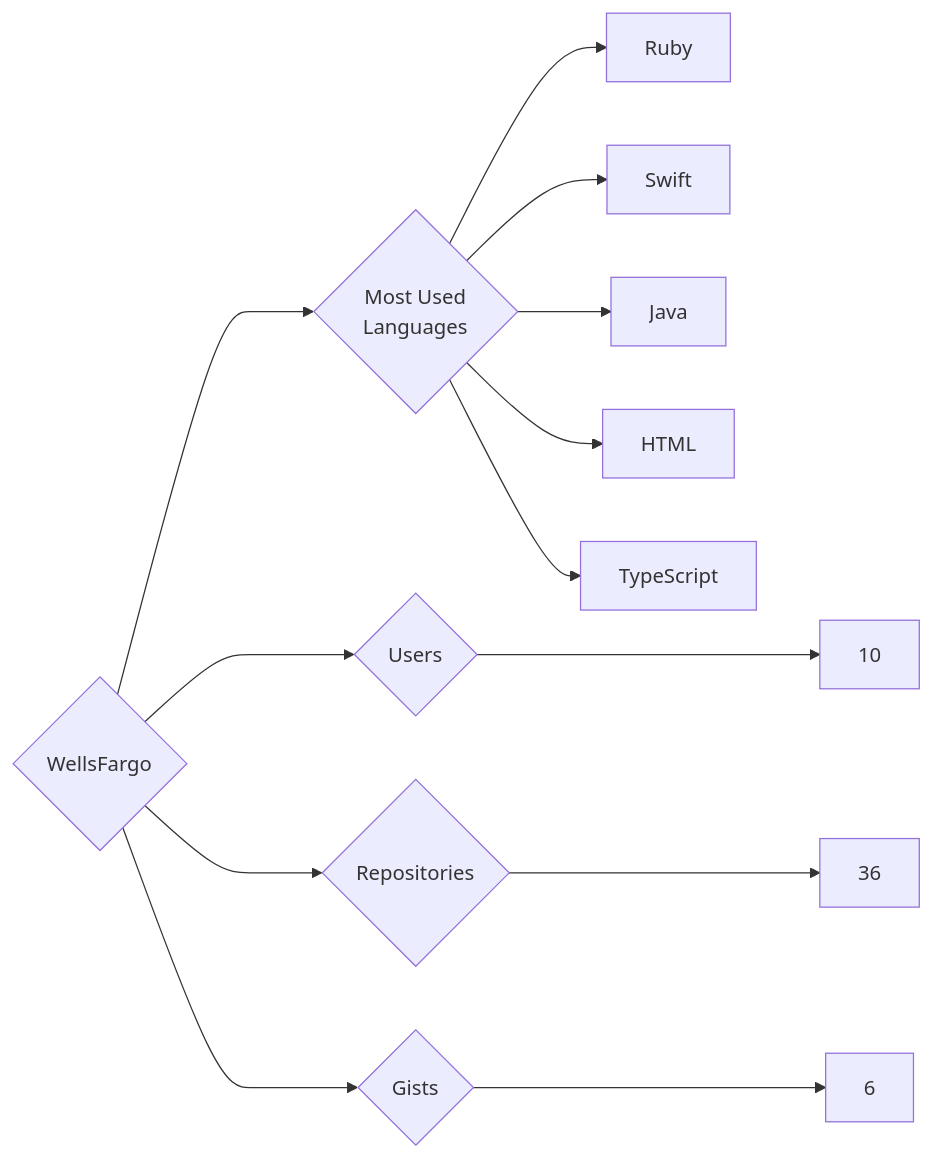
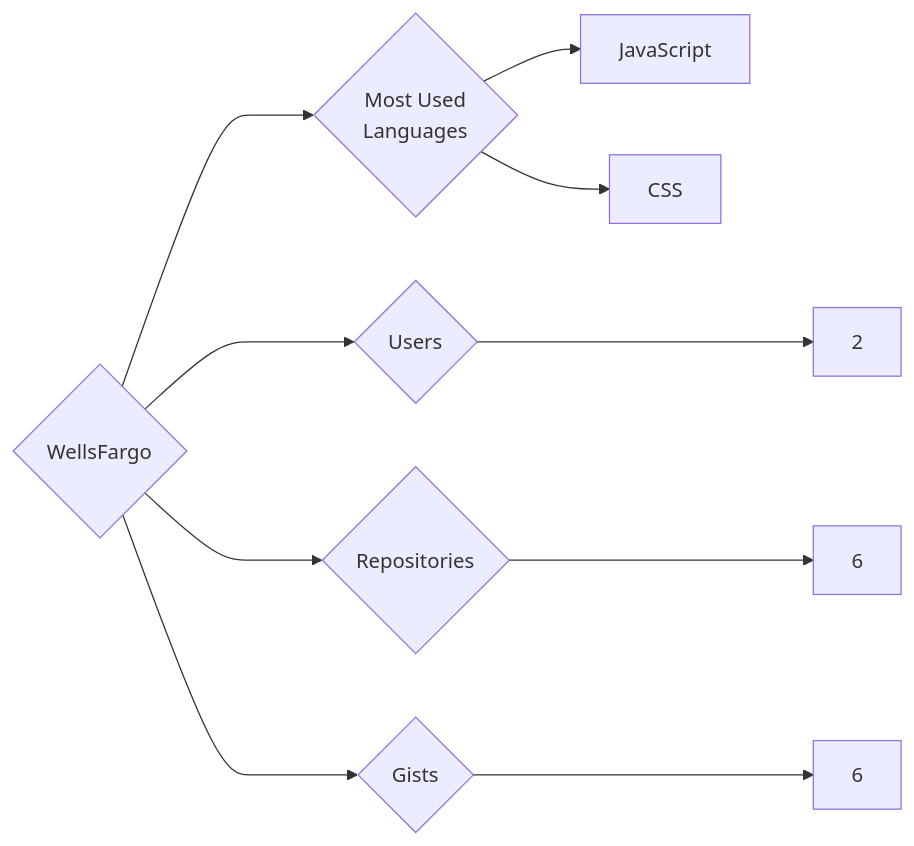
The diagram in targets/WellsFargo/README.md (trickest/insiders), drawn with Mermaid before and after one commit. The commit also changed 1696 other files, not shown here.

````diff
--- a/targets/WellsFargo/README.md
+++ b/targets/WellsFargo/README.md
@@ -3,13 +3,10 @@
 ```mermaid
 graph LR
 COMPANY_NAME{WellsFargo}
-COMPANY_NAME ---> U{Users} ---> UN[10]
-COMPANY_NAME ---> R{Repositories} ---> RN[36]
+COMPANY_NAME ---> U{Users} ---> UN[2]
+COMPANY_NAME ---> R{Repositories} ---> RN[6]
 COMPANY_NAME ---> G{Gists} ---> GN[6]
 COMPANY_NAME ---> ML{Most Used<br>Languages}
-ML --> Ruby[Ruby]
-ML --> Swift[Swift]
-ML --> Java[Java]
-ML --> HTML[HTML]
-ML --> TypeScript[TypeScript]
+ML --> JavaScript[JavaScript]
+ML --> CSS[CSS]
 ```
````
